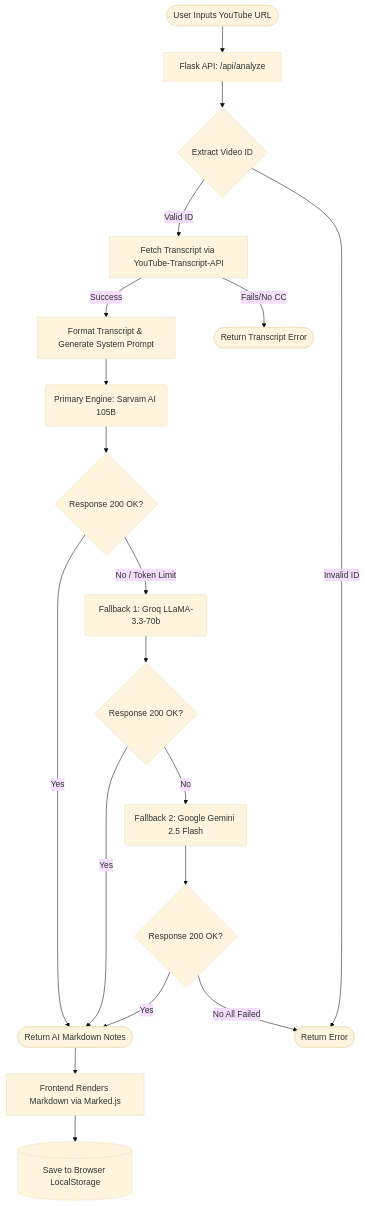
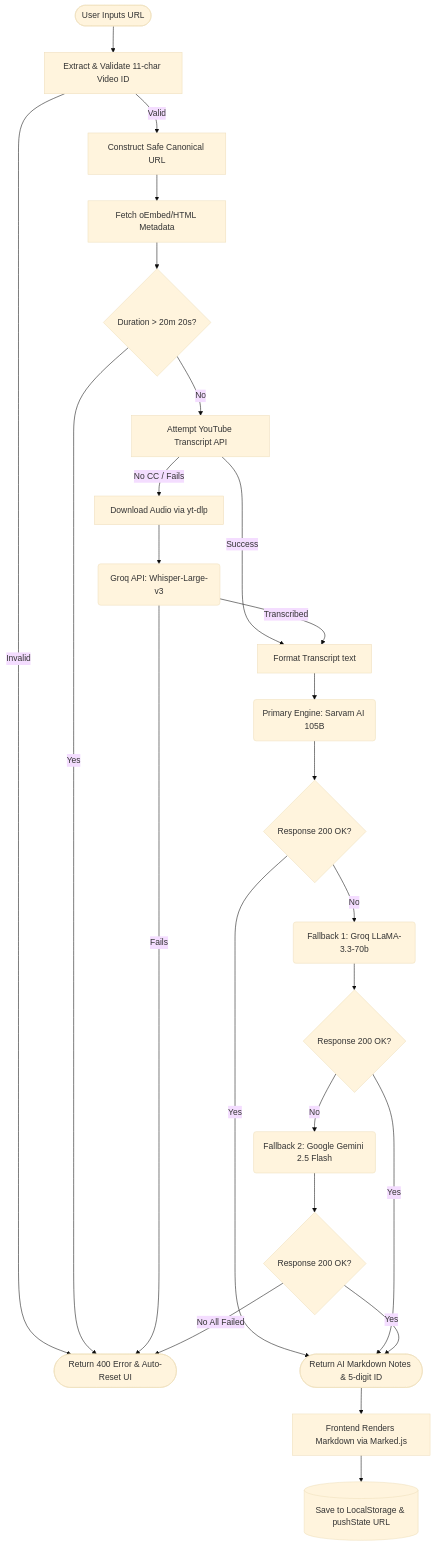
One commit to aryavartsubhammoharana/angko-ai changed the diagram in README.md. Above: the diagram before and after it, drawn with Mermaid (base theme). The commit also changed other lines of this file, not shown here.

Commit message:
Revise README for clarity and detail enhancement
Updated README to enhance feature descriptions and clarify the AI pipeline. Improved security section and refined tech stack details.

````diff
--- a/README.md
+++ b/README.md
@@ -38,28 +48,36 @@
 ```mermaid
 graph TD
-    A([User Inputs YouTube URL]) --> B[Flask API: /api/analyze]
-    B --> C{Extract Video ID}
+    A([User Inputs URL]) --> B[Extract & Validate 11-char Video ID]
+    B -->|Invalid| Z([Return 400 Error & Auto-Reset UI])
+    B -->|Valid| C[Construct Safe Canonical URL]
     
-    C -->|Valid ID| D[Fetch Transcript via YouTube-Transcript-API]
-    C -->|Invalid ID| Z([Return Error])
+    C --> D[Fetch oEmbed/HTML Metadata]
+    D --> E{Duration > 20m 20s?}
     
-    D -->|Success| F[Format Transcript & Generate System Prompt]
-    D -->|Fails/No CC| Y([Return Transcript Error])
+    E -->|Yes| Z
+    E -->|No| F[Attempt YouTube Transcript API]
     
-    F --> G(Primary Engine: Sarvam AI 105B)
-    G --> H{Response 200 OK?}
+    F -->|Success| I[Format Transcript text]
+    F -->|No CC / Fails| G[Download Audio via yt-dlp]
     
-    H -->|Yes| P([Return AI Markdown Notes])
-    H -->|No / Token Limit| I(Fallback 1: Groq LLaMA-3.3-70b)
+    G --> H(Groq API: Whisper-Large-v3)
+    H -->|Transcribed| I
+    H -->|Fails| Z
     
-    I --> J{Response 200 OK?}
-    J -->|Yes| P
-    J -->|No| K(Fallback 2: Google Gemini 2.5 Flash)
+    I --> J(Primary Engine: Sarvam AI 105B)
+    J --> K{Response 200 OK?}
     
-    K --> L{Response 200 OK?}
-    L -->|Yes| P
-    L -->|No All Failed| Z
+    K -->|Yes| P([Return AI Markdown Notes & 5-digit ID])
+    K -->|No| L(Fallback 1: Groq LLaMA-3.3-70b)
     
-    P --> M[Frontend Renders Markdown via Marked.js]
-    M --> N[(Save to Browser LocalStorage)]
+    L --> M{Response 200 OK?}
+    M -->|Yes| P
+    M -->|No| N(Fallback 2: Google Gemini 2.5 Flash)
+    
+    N --> O{Response 200 OK?}
+    O -->|Yes| P
+    O -->|No All Failed| Z
+    
+    P --> Q[Frontend Renders Markdown via Marked.js]
+    Q --> R[(Save to LocalStorage & pushState URL)]
 ```
````
